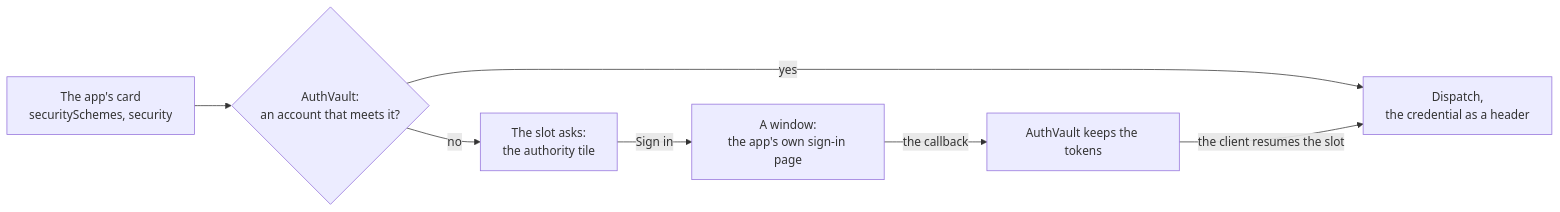
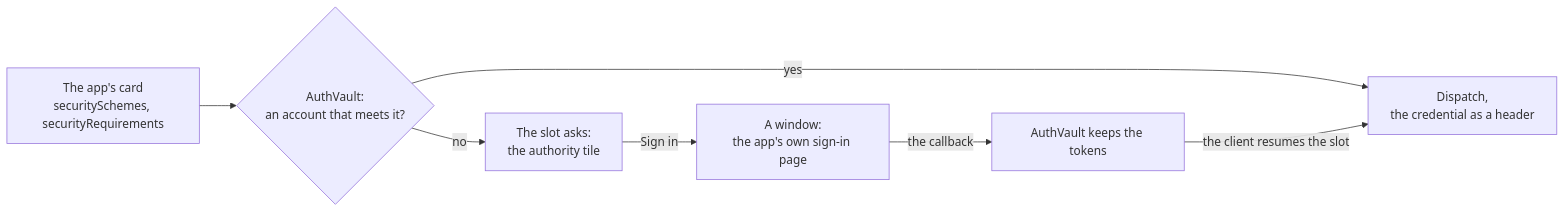
One commit to retz8/a2uiverse changed the first of 6 diagrams in docs/design/authority.md. Above: the diagram before and after it, drawn with Mermaid. The commit also changed other lines of this file and 21 other files, not shown here.

````diff
--- a/docs/design/authority.md
+++ b/docs/design/authority.md
@@ -24,9 +24,9 @@
 ```mermaid
 flowchart LR
-    C["The app's card<br/>securitySchemes, security"] --> V{"AuthVault:<br/>an account that meets it?"}
+    C["The app's card<br/>securitySchemes, securityRequirements"] --> V{"AuthVault:<br/>an account that meets it?"}
     V -->|"yes"| D["Dispatch,<br/>the credential as a header"]
     V -->|"no"| T["The slot asks:<br/>the authority tile"]
     T -->|"Sign in"| W["A window:<br/>the app's own sign-in page"]
     W -->|"the callback"| V2["AuthVault keeps the tokens"]
     V2 -->|"the client resumes the slot"| D
 ```
````
